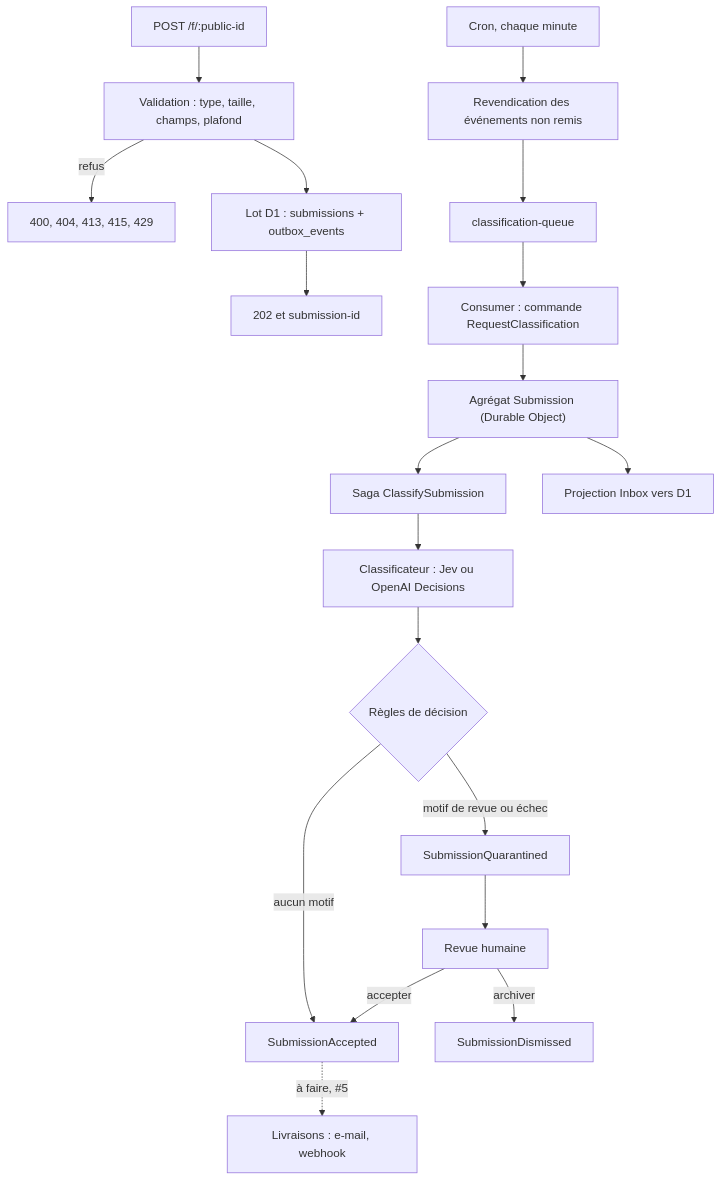
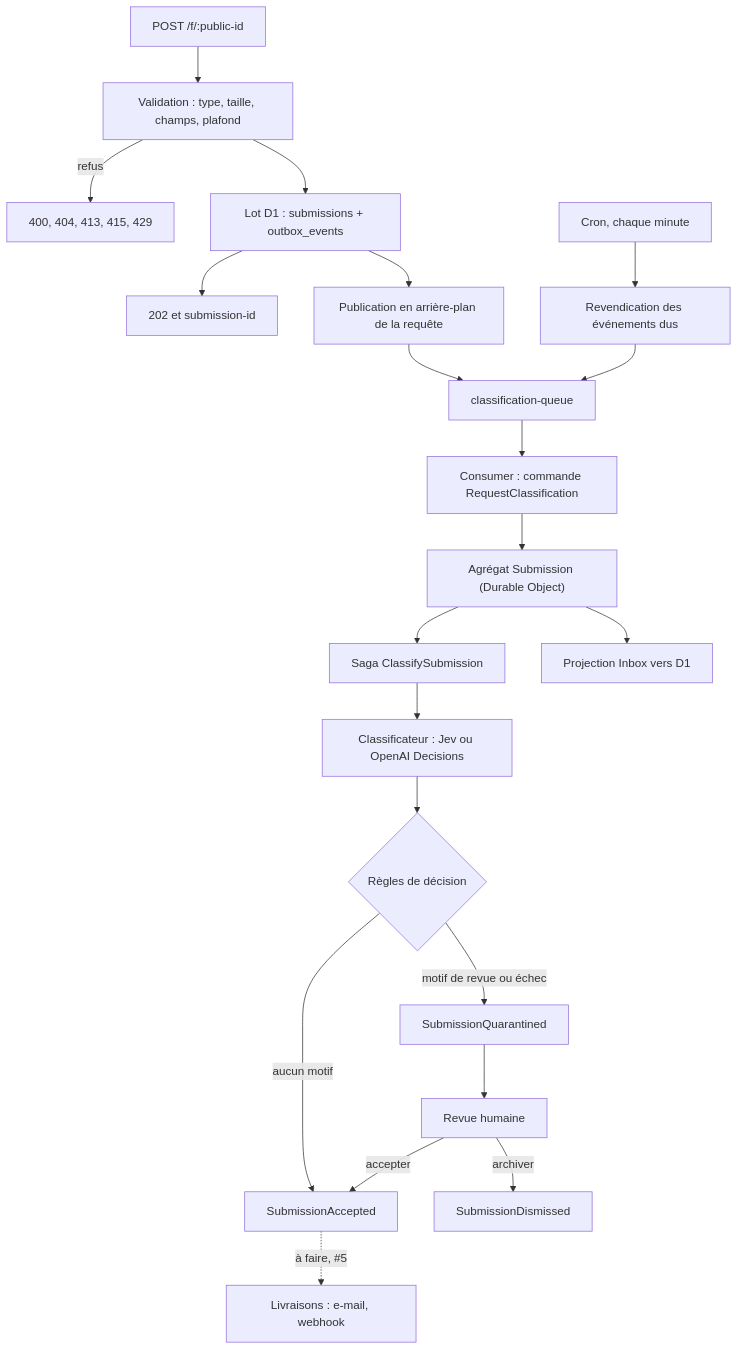
The diagram in architecture.md (basaltbytes/rondyr), drawn with Mermaid before and after one commit. The commit also changed other lines of this file and 9 other files, not shown here.

````diff
--- a/architecture.md
+++ b/architecture.md
@@ -67,21 +67,23 @@
 ```mermaid
 flowchart TD
   A["POST /f/:public-id"] --> B["Validation : type, taille, champs, plafond"]
   B -->|refus| C["400, 404, 413, 415, 429"]
   B --> D["Lot D1 : submissions + outbox_events"]
   D --> E["202 et submission-id"]
-  F["Cron, chaque minute"] --> G["Revendication des événements non remis"]
-  G --> H["classification-queue"]
+  D --> T["Publication en arrière-plan de la requête"]
+  T --> H["classification-queue"]
+  F["Cron, chaque minute"] --> G["Revendication des événements dus"]
+  G --> H
   H --> I["Consumer : commande RequestClassification"]
   I --> J["Agrégat Submission (Durable Object)"]
   J --> K["Saga ClassifySubmission"]
   K --> L["Classificateur : Jev ou OpenAI Decisions"]
   L --> M{"Règles de décision"}
   M -->|aucun motif| N["SubmissionAccepted"]
   M -->|motif de revue ou échec| O["SubmissionQuarantined"]
   O --> P["Revue humaine"]
   P -->|accepter| N
   P -->|archiver| Q["SubmissionDismissed"]
   J --> R["Projection Inbox vers D1"]
   N -.->|à faire, #5| S["Livraisons : e-mail, webhook"]
 ```
````
